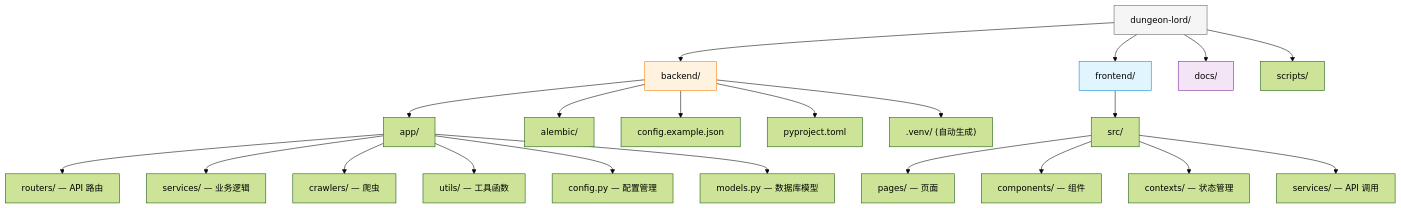
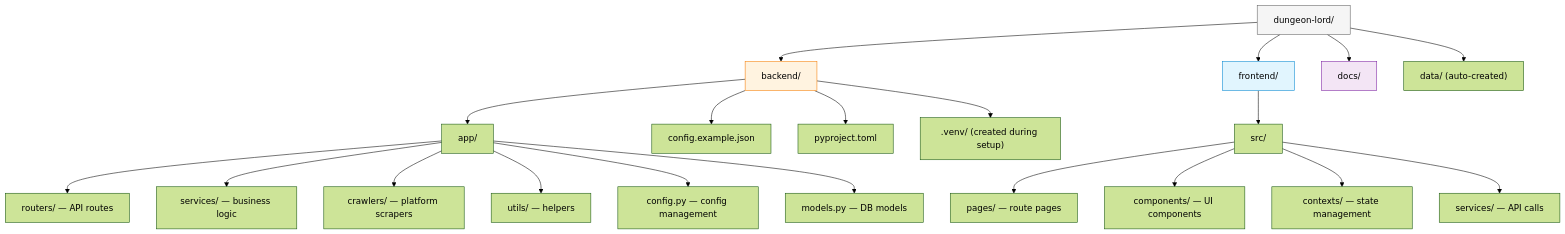
One commit to XUranus/dungeon changed the diagram in docs/docs/guides/installation.mdx. Above: the diagram before and after it, drawn with Mermaid (forest theme). The commit also changed other lines of this file and 75 other files, not shown here.

````diff
--- a/docs/docs/guides/installation.mdx
+++ b/docs/docs/guides/installation.mdx
@@ -31,31 +38,30 @@
 ```mermaid
 graph TD
     Root["dungeon-lord/"] --> Backend["backend/"]
     Root --> Frontend["frontend/"]
     Root --> Docs["docs/"]
-    Root --> Scripts["scripts/"]
+    Root --> Data["data/ (auto-created)"]
 
     Backend --> App["app/"]
-    Backend --> Alembic["alembic/"]
     Backend --> ConfigEx["config.example.json"]
     Backend --> Pyproject["pyproject.toml"]
-    Backend --> Venv[".venv/ (自动生成)"]
+    Backend --> Venv[".venv/ (created during setup)"]
 
-    App --> Routers["routers/ — API 路由"]
-    App --> Services["services/ — 业务逻辑"]
-    App --> Crawlers["crawlers/ — 爬虫"]
-    App --> Utils["utils/ — 工具函数"]
-    App --> ConfigPy["config.py — 配置管理"]
-    App --> Models["models.py — 数据库模型"]
+    App --> Routers["routers/ — API routes"]
+    App --> Services["services/ — business logic"]
+    App --> Crawlers["crawlers/ — platform scrapers"]
+    App --> Utils["utils/ — helpers"]
+    App --> ConfigPy["config.py — config management"]
+    App --> Models["models.py — DB models"]
 
     Frontend --> Src["src/"]
-    Src --> Pages["pages/ — 页面"]
-    Src --> Components["components/ — 组件"]
-    Src --> Contexts["contexts/ — 状态管理"]
-    Src --> ServicesFE["services/ — API 调用"]
+    Src --> Pages["pages/ — route pages"]
+    Src --> Components["components/ — UI components"]
+    Src --> Contexts["contexts/ — state management"]
+    Src --> ServicesFE["services/ — API calls"]
 
     style Root fill:#f5f5f5,stroke:#616161
     style Backend fill:#fff3e0,stroke:#f57c00
     style Frontend fill:#e1f5fe,stroke:#0288d1
     style Docs fill:#f3e5f5,stroke:#7b1fa2
 ```
````
